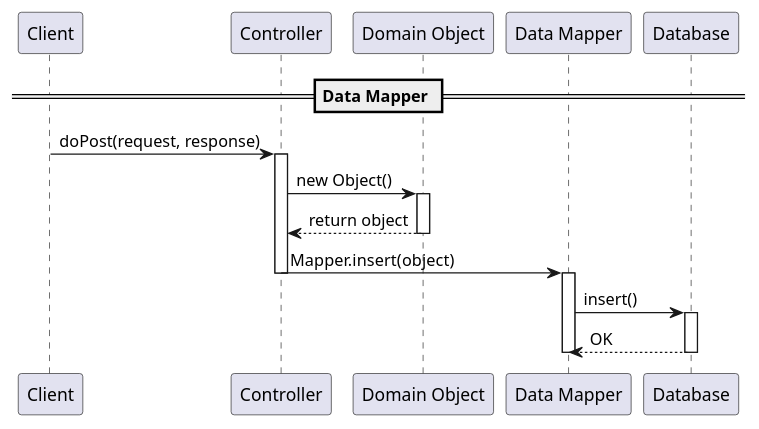
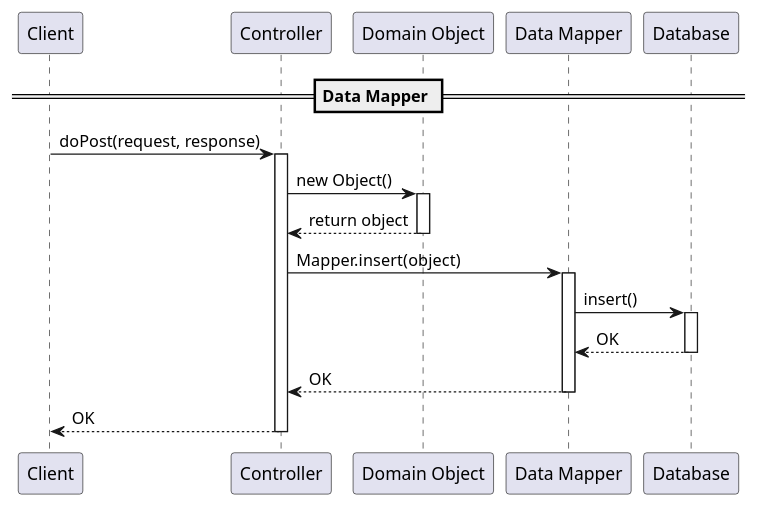
One commit to SWEN900072021/Covid19BookingSystem changed the diagram in docs/part2/DataMapperSequenceDiagram.puml. Above: the diagram before and after it, drawn with PlantUML.

Commit message:
Update DataMapper diagram to add return OK all the way to the client

```diff
--- a/docs/part2/DataMapperSequenceDiagram.puml
+++ b/docs/part2/DataMapperSequenceDiagram.puml
@@ -1,26 +1,31 @@
 @startuml
 
 skinparam linetype polyline
 
 participant "Client" as Client
 participant "Controller" as C
 participant “Domain Object" as O
 participant "Data Mapper" as M
 participant "Database" as DB
-
 == Data Mapper ==
 Client -> C: doPost(request, response)
 activate C
 C -> O: new Object()
 activate O
 O --> C: return object
 deactivate O
 C -> M: Mapper.insert(object)
-deactivate C
+
 activate M
 M -> DB: insert()
 activate DB
 DB --> M: OK
+deactivate DB
+M --> C: OK
 deactivate M
-deactivate DB
+
+C --> Client: OK
+deactivate C
+
+
 @enduml
```
